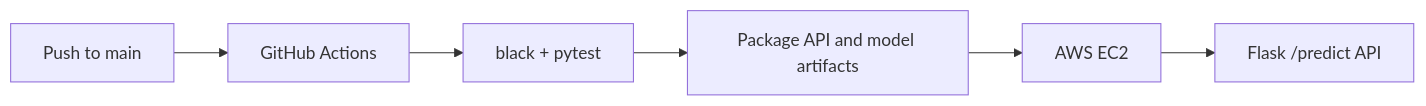
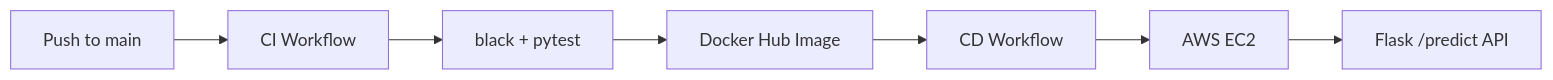
The third of 3 diagrams in SOLUTION.md (afcarreteiro/daredata_challenge), drawn with Mermaid before and after one commit. The commit also changed other lines of this file and 10 other files, not shown here.

````diff
--- a/SOLUTION.md
+++ b/SOLUTION.md
@@ -49,8 +51,9 @@
 ```mermaid
 flowchart LR
-    GH[Push to main] --> CI[GitHub Actions]
+    GH[Push to main] --> CI[CI Workflow]
     CI --> TESTS[black + pytest]
-    TESTS --> PKG[Package API and model artifacts]
-    PKG --> EC2[AWS EC2]
+    TESTS --> HUB[Docker Hub Image]
+    HUB --> CD[CD Workflow]
+    CD --> EC2[AWS EC2]
     EC2 --> API[Flask /predict API]
 ```
````
